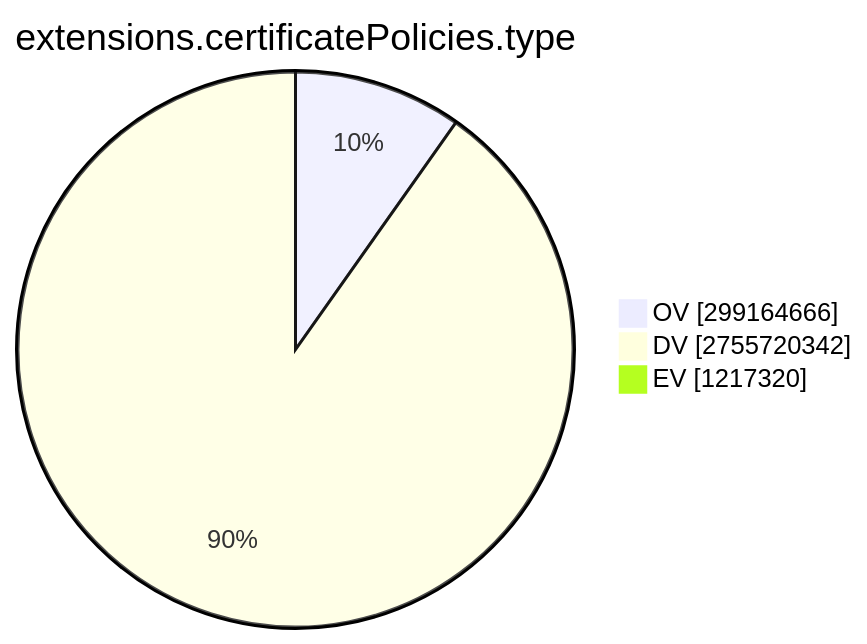
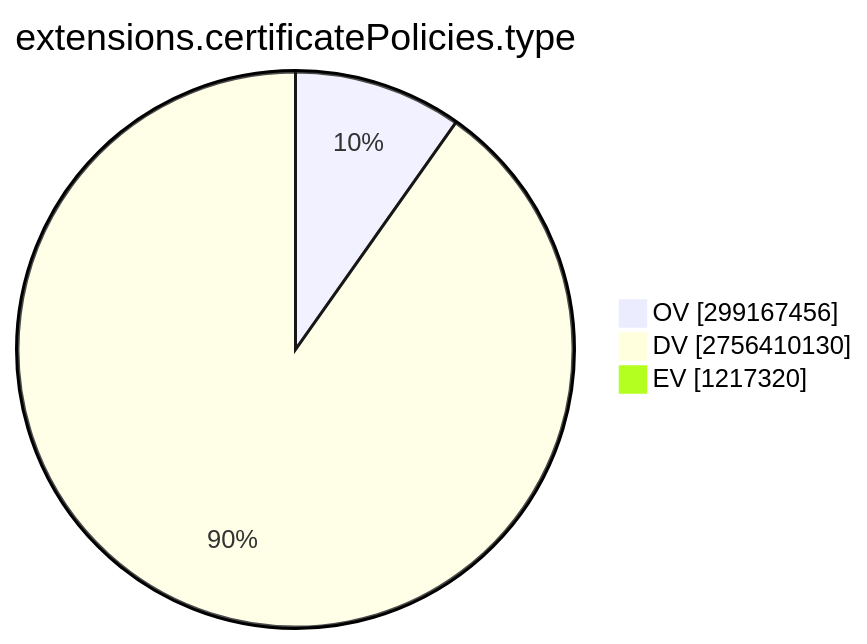
One commit to christiankrug/ctmonitor_visualization changed the ninth of 15 diagrams in TOTAL/README.md. Above: the diagram before and after it, drawn with Mermaid. The commit also changed other lines of this file, not shown here.

````diff
--- a/TOTAL/README.md
+++ b/TOTAL/README.md
@@ -3101,7 +3101,7 @@
 ```mermaid
 pie showData
 title extensions.certificatePolicies.type
-"OV" :299164666
-"DV" :2755720342
+"OV" :299167456
+"DV" :2756410130
 "EV" :1217320
 ```
````
